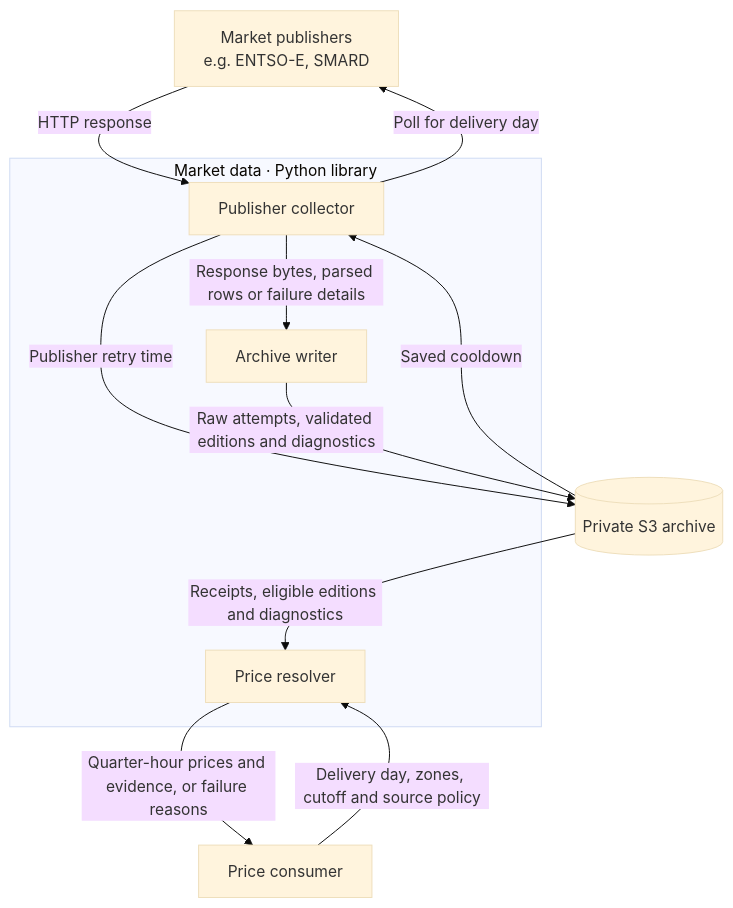
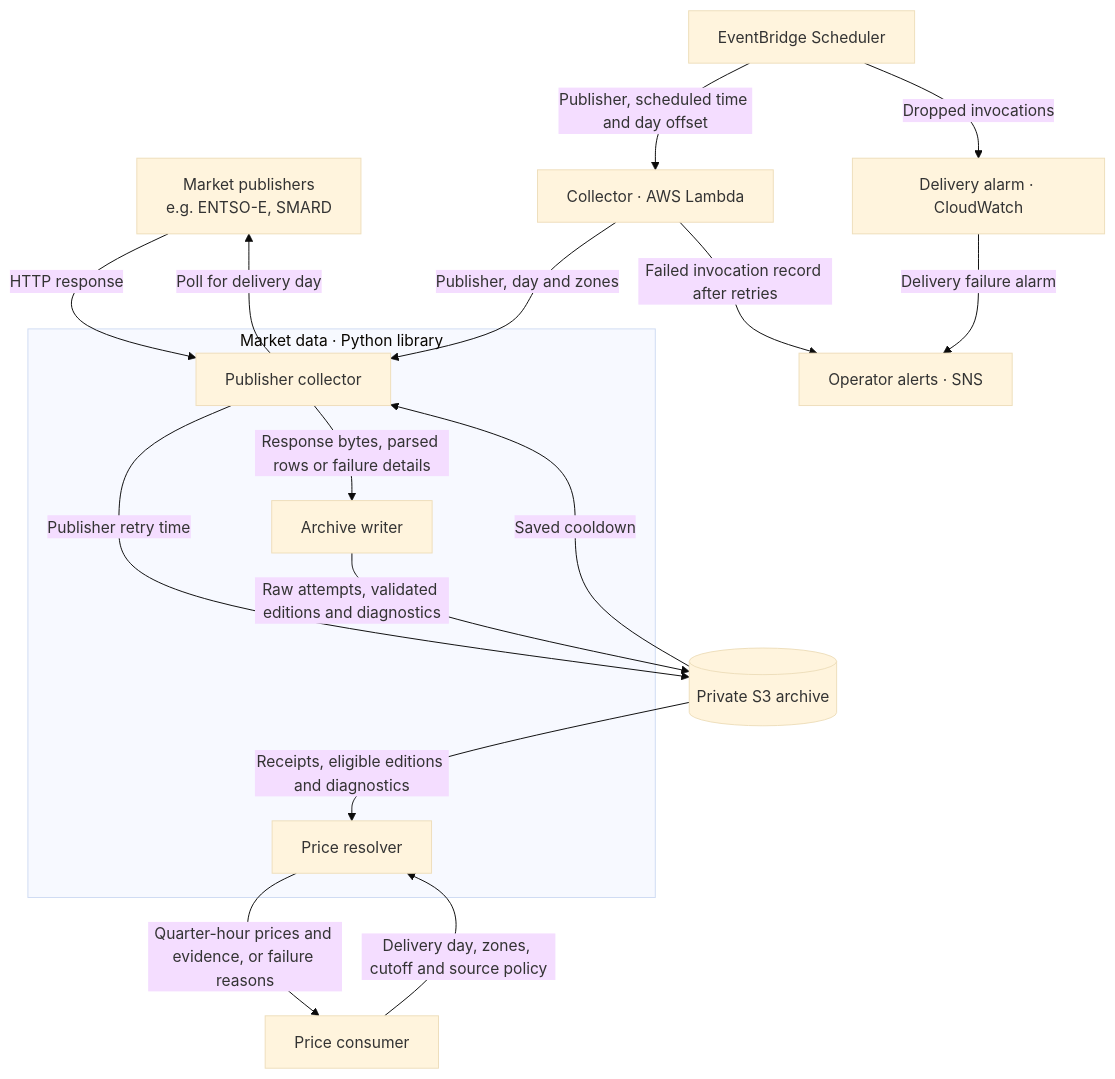
The diagram in coppersushi/pipelines/market_data/README.md (zoltanmaric/coppersushi), drawn with Mermaid (base theme) before and after one commit. The commit also changed 15 other files, not shown here.

````diff
--- a/coppersushi/pipelines/market_data/README.md
+++ b/coppersushi/pipelines/market_data/README.md
@@ -9,20 +9,25 @@
 ```mermaid
 flowchart TB
     Publishers["Market publishers<br/>e.g. ENTSO-E, SMARD"]
+    Scheduler["EventBridge Scheduler"] -->|Publisher, scheduled time and day offset| Runtime["Collector · AWS Lambda"]
+    Runtime -->|Publisher, day and zones| Caller
+    Scheduler -->|Dropped invocations| Alarm["Delivery alarm · CloudWatch"]
+    Alarm -->|Delivery failure alarm| Alerts["Operator alerts · SNS"]
+    Runtime -->|Failed invocation record after retries| Alerts
     Consumer["Price consumer"]
     subgraph Market["Market data · Python library"]
         Caller["Publisher collector"]
         Writer["Archive writer"]
         Resolver["Price resolver"]
     end
     Archive[("Private S3 archive")]
     Caller -->|Poll for delivery day| Publishers
     Publishers -->|HTTP response| Caller
     Caller -->|Publisher retry time| Archive
     Archive -->|Saved cooldown| Caller
     Caller -->|Response bytes, parsed rows or failure details| Writer
     Writer -->|Raw attempts, validated editions and diagnostics| Archive
     Consumer -->|Delivery day, zones, cutoff and source policy| Resolver
     Archive -->|Receipts, eligible editions and diagnostics| Resolver
     Resolver -->|Quarter-hour prices and evidence, or failure reasons| Consumer
 ```
````
